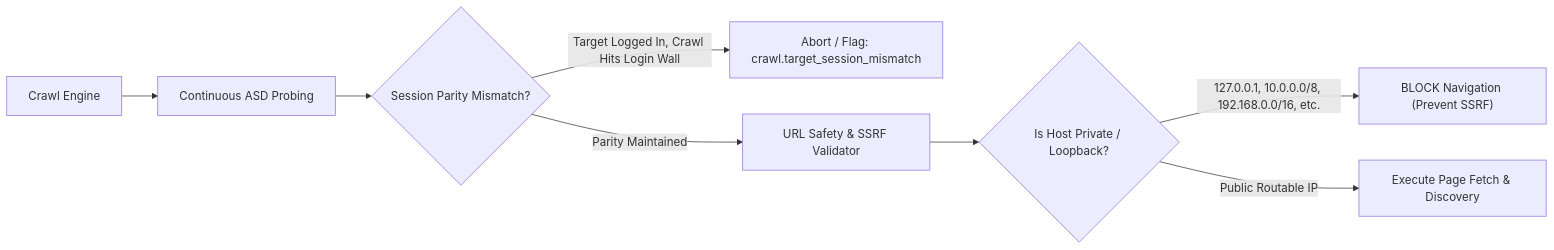
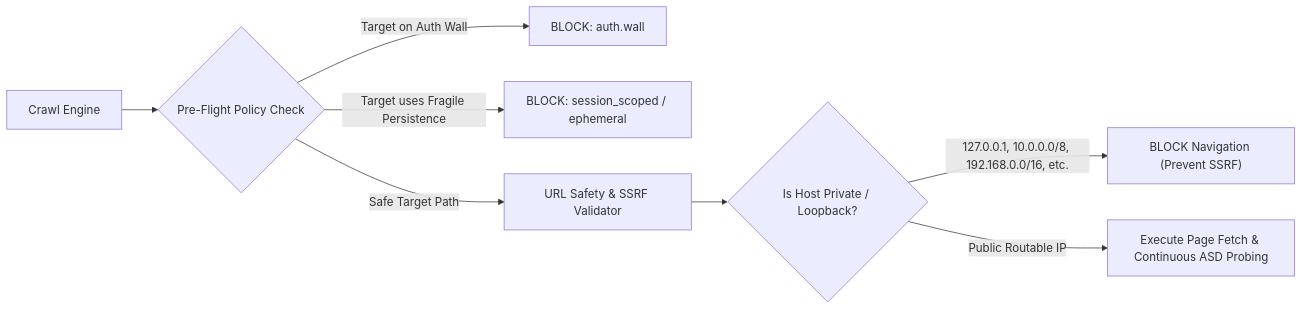
One commit to joelaniol/nova changed the seventh of 8 diagrams in docs/core-features/auth-surface-detection-asd/README.md. Above: the diagram before and after it, drawn with Mermaid. The commit also changed other lines of this file, not shown here.

Commit message:
docs(asd): expand architectural depth with host cookies, crawl policy, and native dialogs

````diff
--- a/docs/core-features/auth-surface-detection-asd/README.md
+++ b/docs/core-features/auth-surface-detection-asd/README.md
@@ -295,11 +344,11 @@
 ```mermaid
 flowchart LR
-    Crawler["Crawl Engine"] --> AuthCheck["Continuous ASD Probing"]
-    AuthCheck --> ParityCheck{"Session Parity Mismatch?"}
-    ParityCheck -->|Target Logged In, Crawl Hits Login Wall| Mismatch["Abort / Flag: crawl.target_session_mismatch"]
-    ParityCheck -->|Parity Maintained| NavGuard["URL Safety & SSRF Validator"]
+    Crawler["Crawl Engine"] --> PolicyCheck{"Pre-Flight Policy Check"}
+    PolicyCheck -->|Target on Auth Wall| AbortWall["BLOCK: auth.wall"]
+    PolicyCheck -->|Target uses Fragile Persistence| AbortPersist["BLOCK: session_scoped / ephemeral"]
+    PolicyCheck -->|Safe Target Path| NavGuard["URL Safety & SSRF Validator"]
 
     NavGuard --> IPCheck{"Is Host Private / Loopback?"}
-    IPCheck -->|127.0.0.1, 10.0.0.0/8, 192.168.0.0/16, etc.| Block["BLOCK Navigation (Prevent SSRF)"]
-    IPCheck -->|Public Routable IP| Fetch["Execute Page Fetch & Discovery"]
+    IPCheck -->|127.0.0.1, 10.0.0.0/8, 192.168.0.0/16, etc.| BlockSSRF["BLOCK Navigation (Prevent SSRF)"]
+    IPCheck -->|Public Routable IP| Fetch["Execute Page Fetch & Continuous ASD Probing"]
 ```
````
